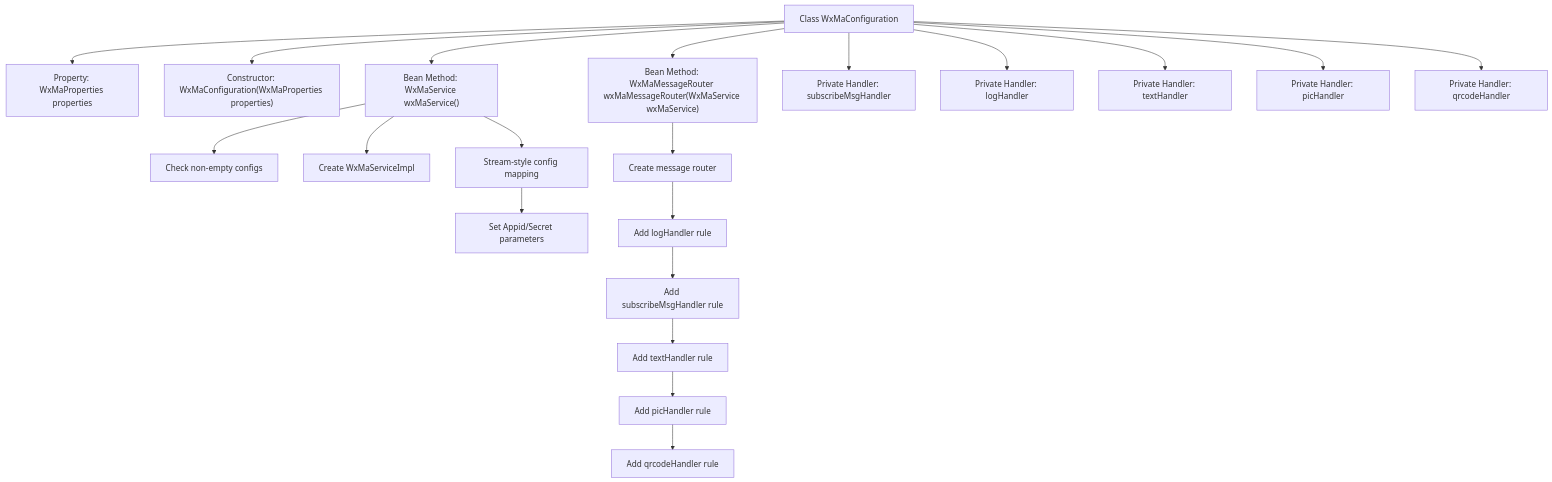
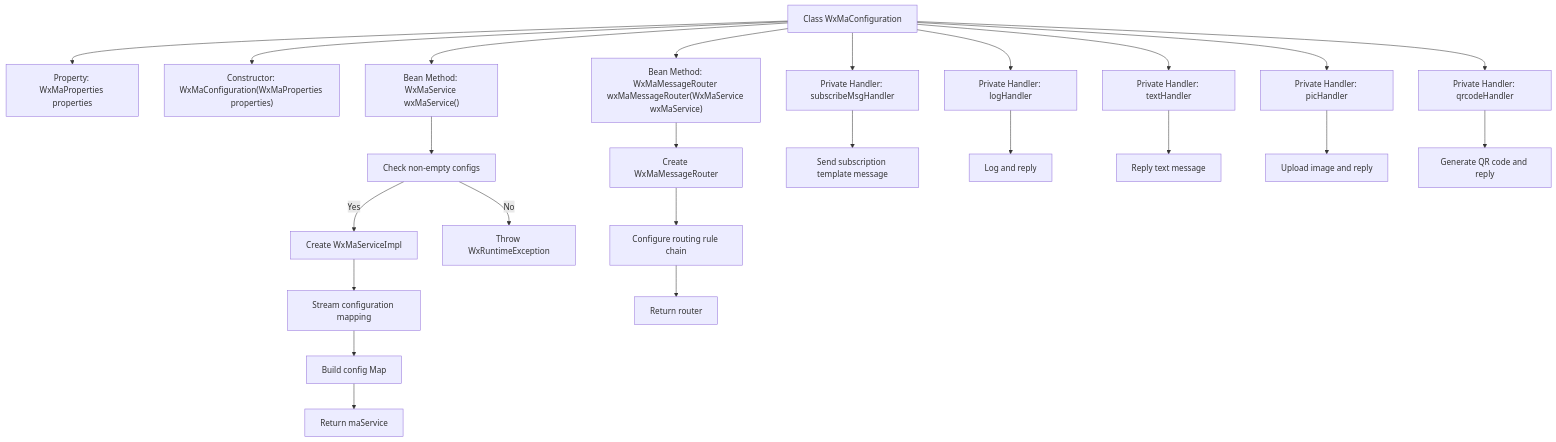
The second of 3 diagrams in docs/en/docs/src/main/java/com/github/binarywang/demo/wx/miniapp/config/WxMaConfiguration.md (v-wjrong/rongwj666_weixin-java-miniapp-demo), drawn with Mermaid before and after one commit. The commit also changed other lines of this file and 47 other files, not shown here.

````diff
--- a/docs/en/docs/src/main/java/com/github/binarywang/demo/wx/miniapp/config/WxMaConfiguration.md
+++ b/docs/en/docs/src/main/java/com/github/binarywang/demo/wx/miniapp/config/WxMaConfiguration.md
@@ -112,35 +112,40 @@
 ```mermaid
 graph TD
     A["Class WxMaConfiguration"]
     B["Property: WxMaProperties properties"]
     C["Constructor: WxMaConfiguration(WxMaProperties properties)"]
     D["Bean Method: WxMaService wxMaService()"]
     E["Bean Method: WxMaMessageRouter wxMaMessageRouter(WxMaService wxMaService)"]
     F["Private Handler: subscribeMsgHandler"]
     G["Private Handler: logHandler"]
     H["Private Handler: textHandler"]
     I["Private Handler: picHandler"]
     J["Private Handler: qrcodeHandler"]
 
     A --> B
     A --> C
     A --> D
     A --> E
     A --> F
     A --> G
     A --> H
     A --> I
     A --> J
 
     D --> D1["Check non-empty configs"]
-    D --> D2["Create WxMaServiceImpl"]
-    D --> D3["Stream-style config mapping"]
-    D3 --> D3a["Set Appid/Secret parameters"]
+    D1 -->|Yes| D2["Create WxMaServiceImpl"]
+    D2 --> D3["Stream configuration mapping"]
+    D3 --> D4["Build config Map"]
+    D1 -->|No| D5["Throw WxRuntimeException"]
+    D4 --> D6["Return maService"]
 
-    E --> E1["Create message router"]
-    E1 --> E1a["Add logHandler rule"]
-    E1a --> E1b["Add subscribeMsgHandler rule"]
-    E1b --> E1c["Add textHandler rule"]
-    E1c --> E1d["Add picHandler rule"]
-    E1d --> E1e["Add qrcodeHandler rule"]
+    E --> E1["Create WxMaMessageRouter"]
+    E1 --> E2["Configure routing rule chain"]
+    E2 --> E3["Return router"]
+
+    F --> F1["Send subscription template message"]
+    G --> G1["Log and reply"]
+    H --> H1["Reply text message"]
+    I --> I1["Upload image and reply"]
+    J --> J1["Generate QR code and reply"]
 ```
````
